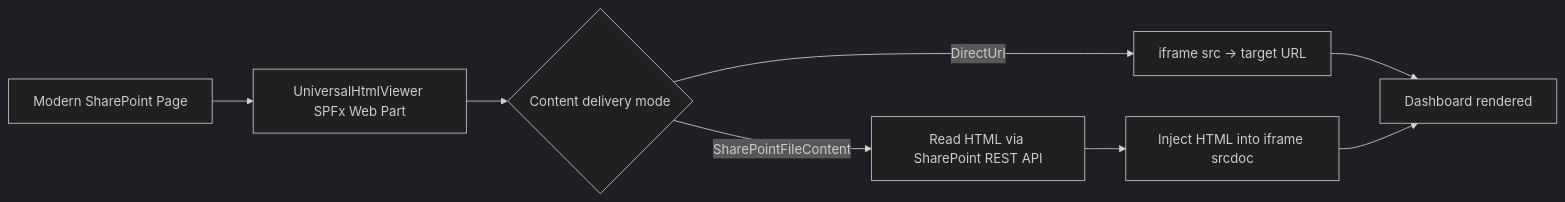
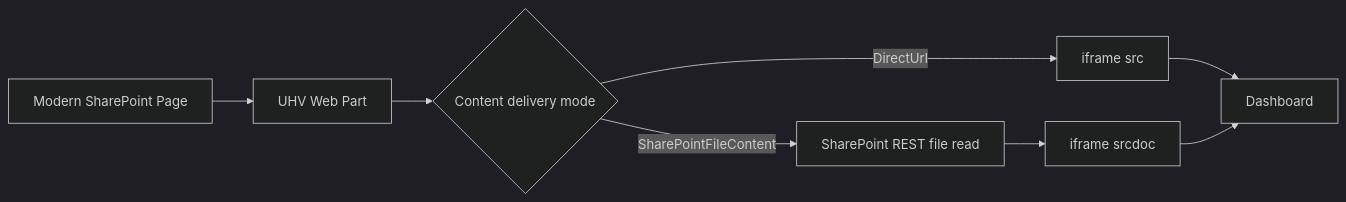
One commit to EvotecIT/UltimateHtmlViewer changed the diagram in README.md. Above: the diagram before and after it, drawn with Mermaid (dark theme). The commit also changed other lines of this file, not shown here.

````diff
--- a/README.md
+++ b/README.md
@@ -65,10 +44,10 @@
 ```mermaid
 flowchart LR
-  A[Modern SharePoint Page] --> B[UniversalHtmlViewer SPFx Web Part]
+  A[Modern SharePoint Page] --> B[UHV Web Part]
   B --> C{Content delivery mode}
-  C -->|DirectUrl| D[iframe src -> target URL]
-  C -->|SharePointFileContent| E[Read HTML via SharePoint REST API]
-  E --> F[Inject HTML into iframe srcdoc]
-  D --> G[Dashboard rendered]
-  F --> G[Dashboard rendered]
+  C -->|DirectUrl| D[iframe src]
+  C -->|SharePointFileContent| E[SharePoint REST file read]
+  E --> F[iframe srcdoc]
+  D --> G[Dashboard]
+  F --> G[Dashboard]
 ```
````
